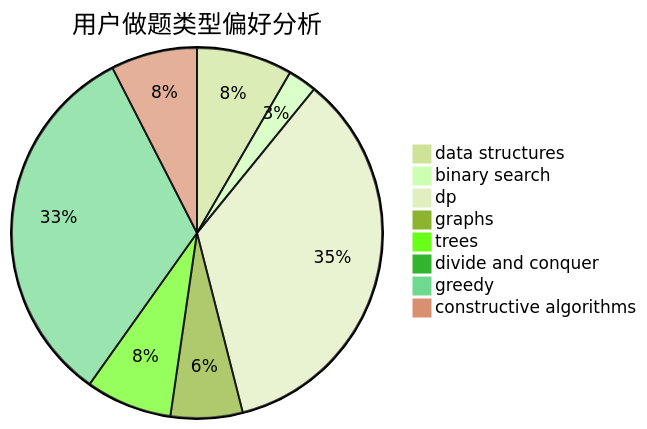
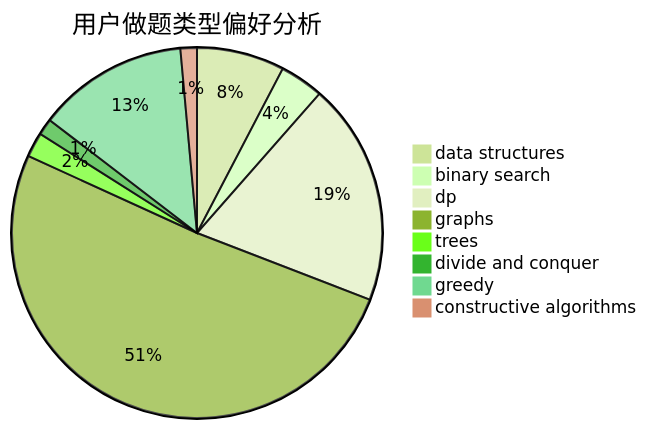
The second of 3 diagrams in docs/user/u1136.md (sherpahu/cfrs.github.io), drawn with Mermaid (forest theme) before and after one commit. The commit also changed other lines of this file and 2770 other files, not shown here.

````diff
--- a/docs/user/u1136.md
+++ b/docs/user/u1136.md
@@ -23,11 +23,11 @@
 ```mermaid
 pie title 用户做题类型偏好分析
-    "data structures" :  20
-    "binary search" :  6
-    "dp" :  84
-    "graphs" :  15
-    "trees" :  18
-    "divide and conquer" :  0
-    "greedy" :  78
-    "constructive algorithms" :  18
+    "data structures" :  32
+    "binary search" :  16
+    "dp" :  81
+    "graphs" :  213
+    "trees" :  9
+    "divide and conquer" :  6
+    "greedy" :  55
+    "constructive algorithms" :  6
 ```
````
